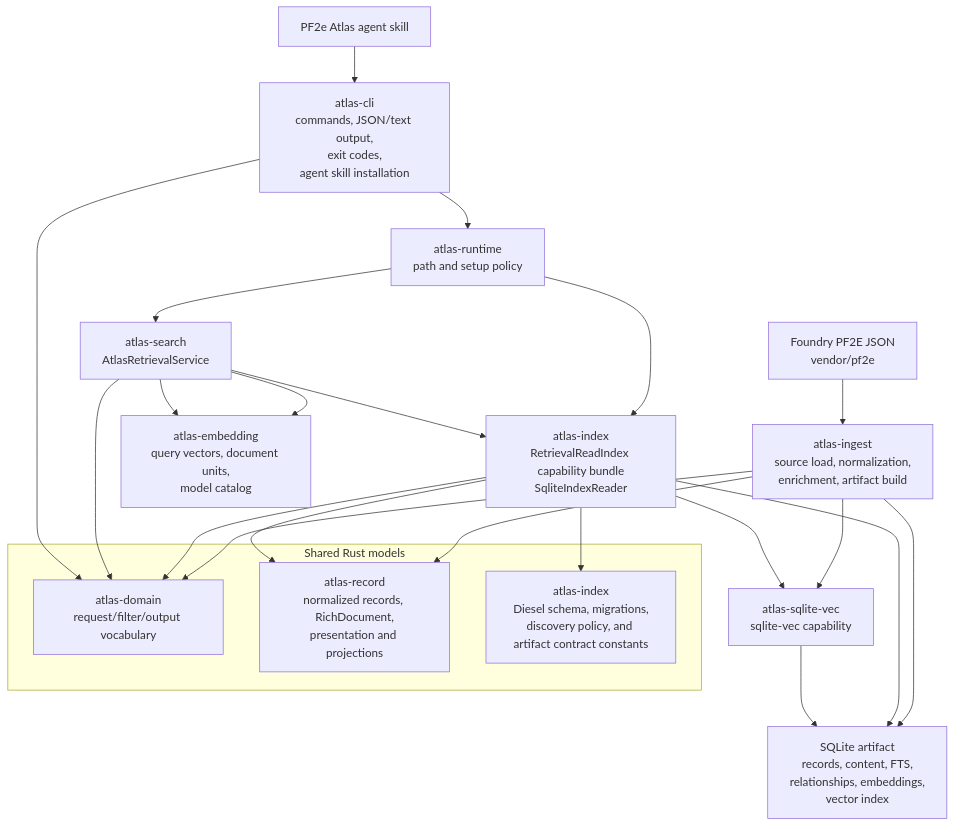
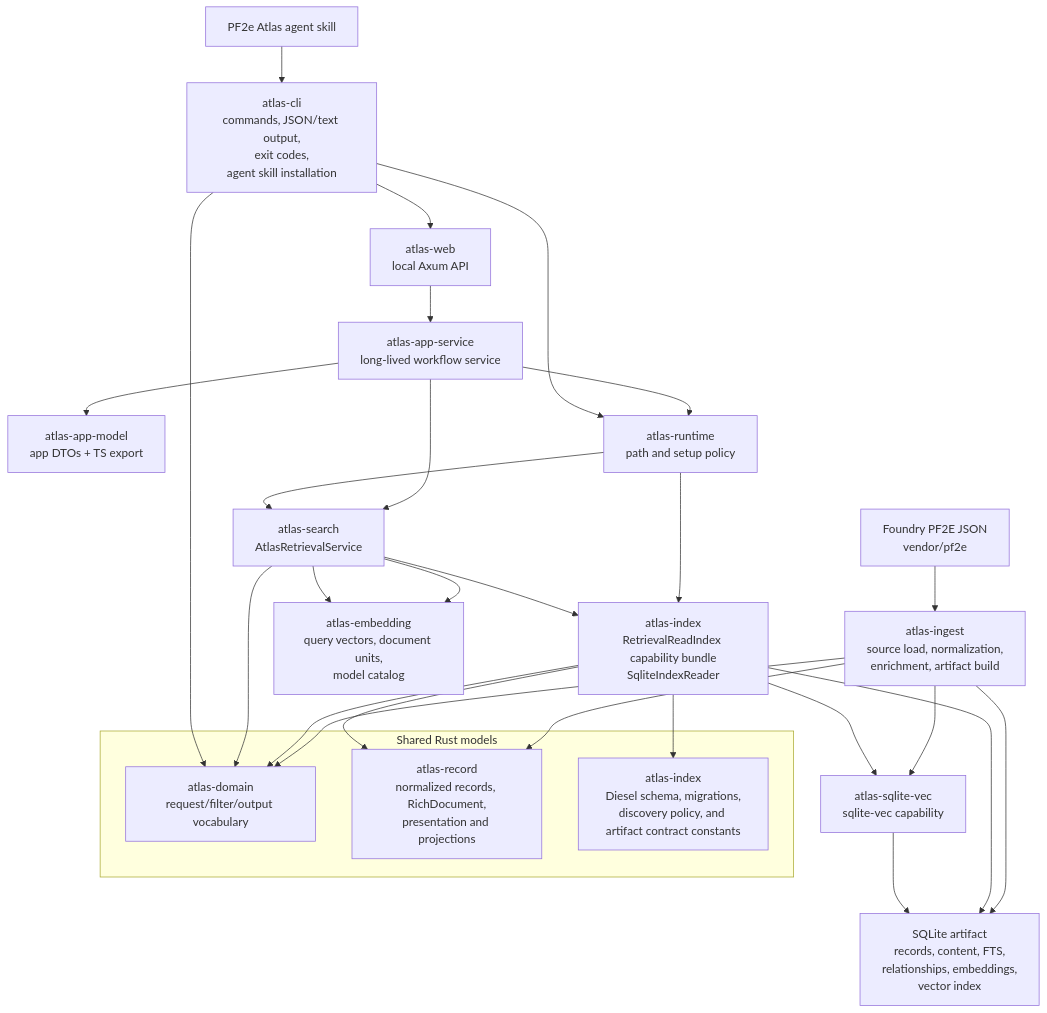
One commit to e-kosten/pf2e-atlas changed the first of 4 diagrams in docs/architecture/runtime.md. Above: the diagram before and after it, drawn with Mermaid. The commit also changed other lines of this file and 73 other files, not shown here.

Commit message:
feat: add local web app backend slice

````diff
--- a/docs/architecture/runtime.md
+++ b/docs/architecture/runtime.md
@@ -9,32 +9,37 @@
 ```mermaid
 flowchart TD
     source["Foundry PF2E JSON<br/>vendor/pf2e"] --> ingest["atlas-ingest<br/>source load, normalization,<br/>enrichment, artifact build"]
     ingest --> artifact["SQLite artifact<br/>records, content, FTS,<br/>relationships, embeddings,<br/>vector index"]
 
     skill["PF2e Atlas agent skill"] --> cli["atlas-cli<br/>commands, JSON/text output,<br/>exit codes,<br/>agent skill installation"]
+    cli --> web["atlas-web<br/>local Axum API"]
+    web --> appService["atlas-app-service<br/>long-lived workflow service"]
+    appService --> appModel["atlas-app-model<br/>app DTOs + TS export"]
+    appService --> runtime
+    appService --> search
     cli --> runtime["atlas-runtime<br/>path and setup policy"]
     runtime --> search["atlas-search<br/>AtlasRetrievalService"]
     runtime --> index["atlas-index<br/>RetrievalReadIndex capability bundle<br/>SqliteIndexReader"]
 
     search --> index
     search --> embedding["atlas-embedding<br/>query vectors, document units,<br/>model catalog"]
     index --> artifact
     ingest --> sqliteVec["atlas-sqlite-vec<br/>sqlite-vec capability"]
     index --> sqliteVec
     sqliteVec --> artifact
 
     subgraph SharedRustModels["Shared Rust models"]
       domain["atlas-domain<br/>request/filter/output vocabulary"]
       record["atlas-record<br/>normalized records, RichDocument,<br/>presentation and projections"]
       artifactSchema["atlas-index<br/>Diesel schema, migrations,<br/>discovery policy, and artifact contract constants"]
     end
 
     ingest --> domain
     ingest --> record
     index --> domain
     index --> record
     index --> artifactSchema
     search --> domain
     search --> embedding
     cli --> domain
 ```
````
